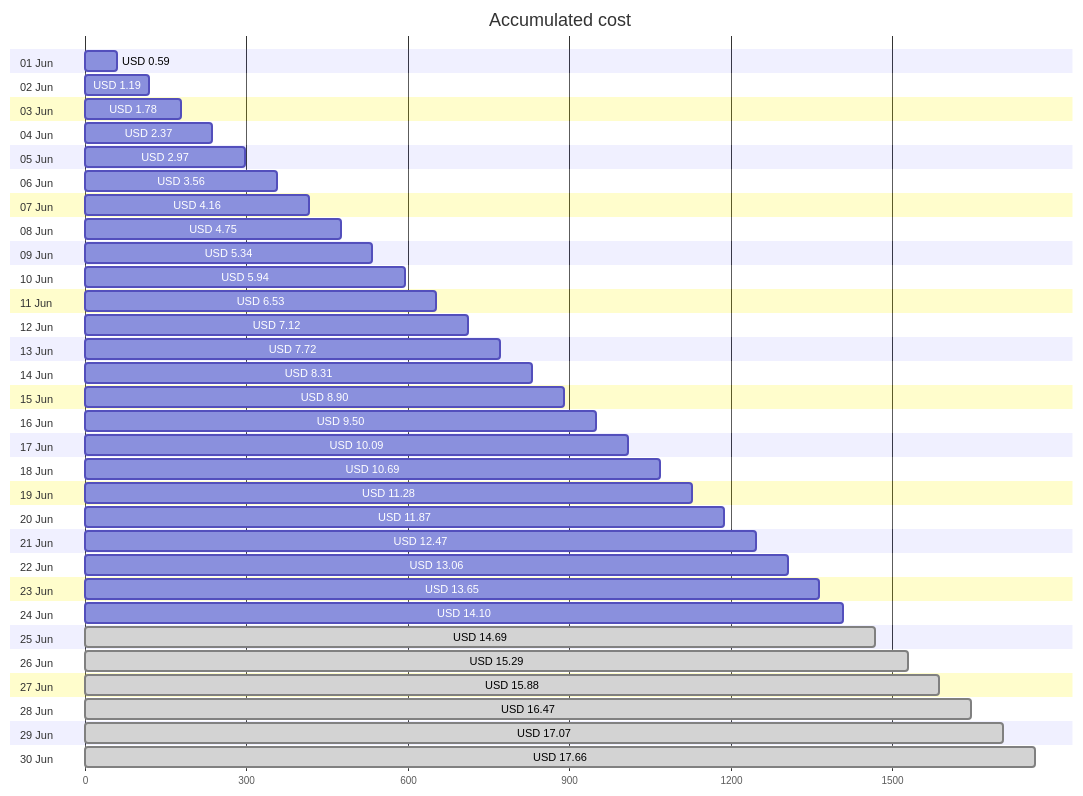
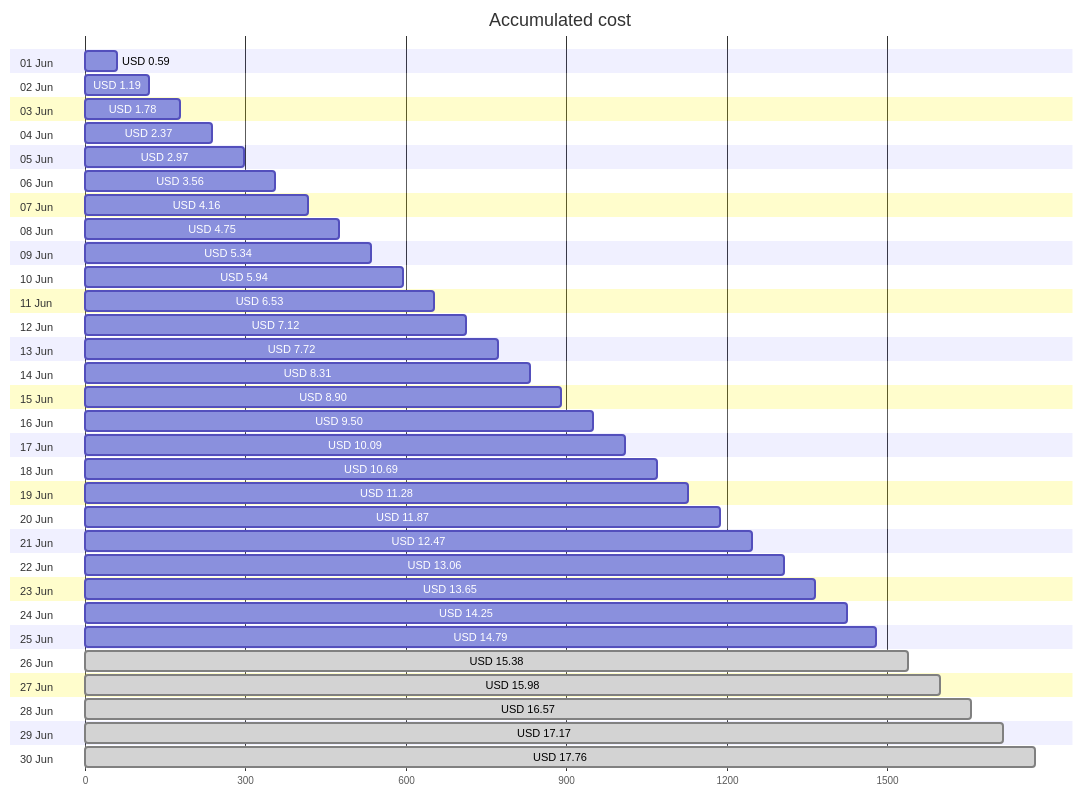
One commit to jpfulton/azure-personal-reports changed the first of 4 diagrams in cost-reports/personal-site/README.md. Above: the diagram before and after it, drawn with Mermaid. The commit also changed other lines of this file and 6 other files, not shown here.

````diff
--- a/cost-reports/personal-site/README.md
+++ b/cost-reports/personal-site/README.md
@@ -20,66 +20,66 @@
 ```mermaid
 gantt
    title Accumulated cost
    dateFormat  X
    axisFormat %s
    section 01 Jun
    USD 0.59 :0, 59
    section 02 Jun
    USD 1.19 :0, 119
    section 03 Jun
    USD 1.78 :0, 178
    section 04 Jun
    USD 2.37 :0, 237
    section 05 Jun
    USD 2.97 :0, 297
    section 06 Jun
    USD 3.56 :0, 356
    section 07 Jun
    USD 4.16 :0, 416
    section 08 Jun
    USD 4.75 :0, 475
    section 09 Jun
    USD 5.34 :0, 534
    section 10 Jun
    USD 5.94 :0, 594
    section 11 Jun
    USD 6.53 :0, 653
    section 12 Jun
    USD 7.12 :0, 712
    section 13 Jun
    USD 7.72 :0, 772
    section 14 Jun
    USD 8.31 :0, 831
    section 15 Jun
    USD 8.90 :0, 890
    section 16 Jun
    USD 9.50 :0, 950
    section 17 Jun
    USD 10.09 :0, 1009
    section 18 Jun
    USD 10.69 :0, 1069
    section 19 Jun
    USD 11.28 :0, 1128
    section 20 Jun
    USD 11.87 :0, 1187
    section 21 Jun
    USD 12.47 :0, 1247
    section 22 Jun
    USD 13.06 :0, 1306
    section 23 Jun
    USD 13.65 :0, 1365
    section 24 Jun
-   USD 14.10 :0, 1410
+   USD 14.25 :0, 1425
    section 25 Jun
-   USD 14.69 : done, 0, 1469
+   USD 14.79 :0, 1479
    section 26 Jun
-   USD 15.29 : done, 0, 1529
+   USD 15.38 : done, 0, 1538
    section 27 Jun
-   USD 15.88 : done, 0, 1588
+   USD 15.98 : done, 0, 1598
    section 28 Jun
-   USD 16.47 : done, 0, 1647
+   USD 16.57 : done, 0, 1657
    section 29 Jun
-   USD 17.07 : done, 0, 1707
+   USD 17.17 : done, 0, 1717
    section 30 Jun
-   USD 17.66 : done, 0, 1766
+   USD 17.76 : done, 0, 1776
 ```
````
